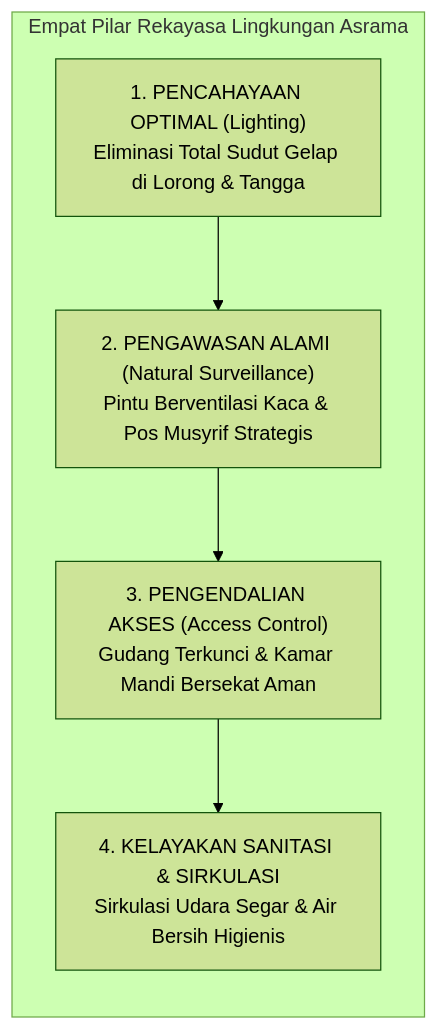
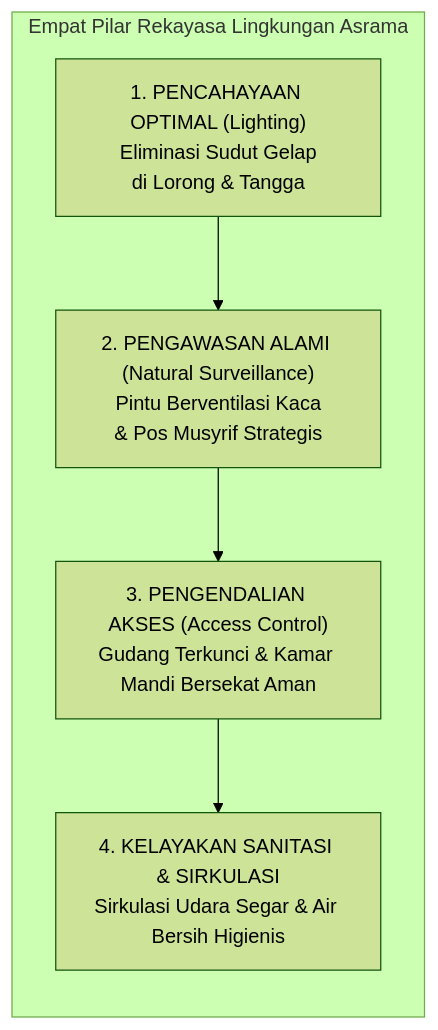
Before and after one commit to wandiapriliyandi/tumbuh: the second of 4 diagrams in BOOK Series 1/01-The-Fundamental-of-TUMBUH/Bab-11-Rekayasa-Lingkungan-Asrama-dan-Ekosistem-Terpadu-24-Jam.md, drawn with Mermaid (forest theme). The commit also changed other lines of this file and 37 other files, not shown here.

Commit message:
fix(book-01): optimasi pemenggalan teks dan overflow seluruh diagram serta render ulang 20 PDF

````diff
--- a/BOOK Series 1/01-The-Fundamental-of-TUMBUH/Bab-11-Rekayasa-Lingkungan-Asrama-dan-Ekosistem-Terpadu-24-Jam.md
+++ b/BOOK Series 1/01-The-Fundamental-of-TUMBUH/Bab-11-Rekayasa-Lingkungan-Asrama-dan-Ekosistem-Terpadu-24-Jam.md
@@ -42,10 +42,10 @@
 ```mermaid
 graph TD
     subgraph EMPAT_PILAR_REKAYASA_ASRAMA["Empat Pilar Rekayasa Lingkungan Asrama"]
         direction TB
-        P1["1. PENCAHAYAAN OPTIMAL (Lighting)<br/>Eliminasi Total Sudut Gelap di Lorong & Tangga"]
-        --> P2["2. PENGAWASAN ALAMI (Natural Surveillance)<br/>Pintu Berventilasi Kaca & Pos Musyrif Strategis"]
+        P1["1. PENCAHAYAAN OPTIMAL (Lighting)<br/>Eliminasi Sudut Gelap<br/>di Lorong & Tangga"]
+        --> P2["2. PENGAWASAN ALAMI (Natural Surveillance)<br/>Pintu Berventilasi Kaca<br/>& Pos Musyrif Strategis"]
         --> P3["3. PENGENDALIAN AKSES (Access Control)<br/>Gudang Terkunci & Kamar Mandi Bersekat Aman"]
         --> P4["4. KELAYAKAN SANITASI & SIRKULASI<br/>Sirkulasi Udara Segar & Air Bersih Higienis"]
     end
 ```
````
